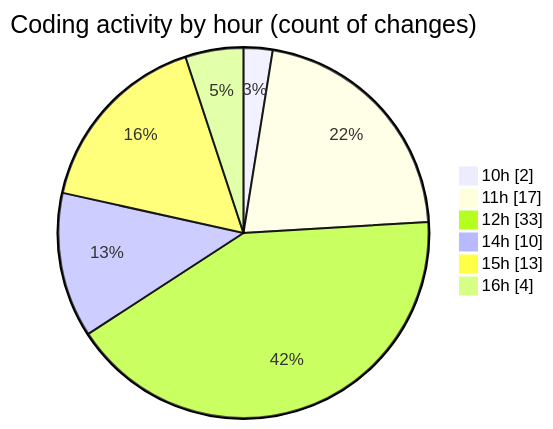
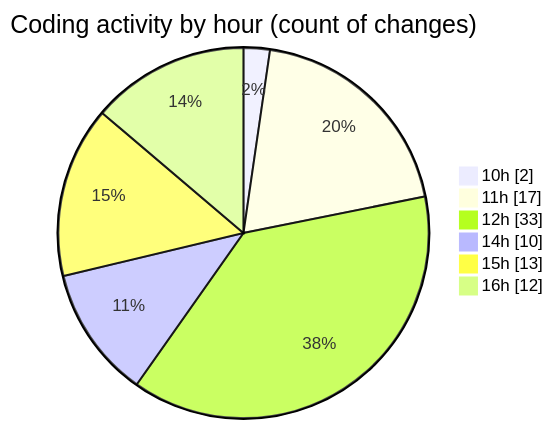
Before and after one commit to nxtqubesakshisongat/code-tracking: the second of 2 diagrams in 2025-05-14/argos-dev/README.md, drawn with Mermaid. The commit also changed other lines of this file and 1 other file, not shown here.

````diff
--- a/2025-05-14/argos-dev/README.md
+++ b/2025-05-14/argos-dev/README.md
@@ -34,10 +34,10 @@
 ```mermaid
 pie showData
 title Coding activity by hour (count of changes)
 "10h" : 2
 "11h" : 17
 "12h" : 33
 "14h" : 10
 "15h" : 13
-"16h" : 4
+"16h" : 12
 ```
````
